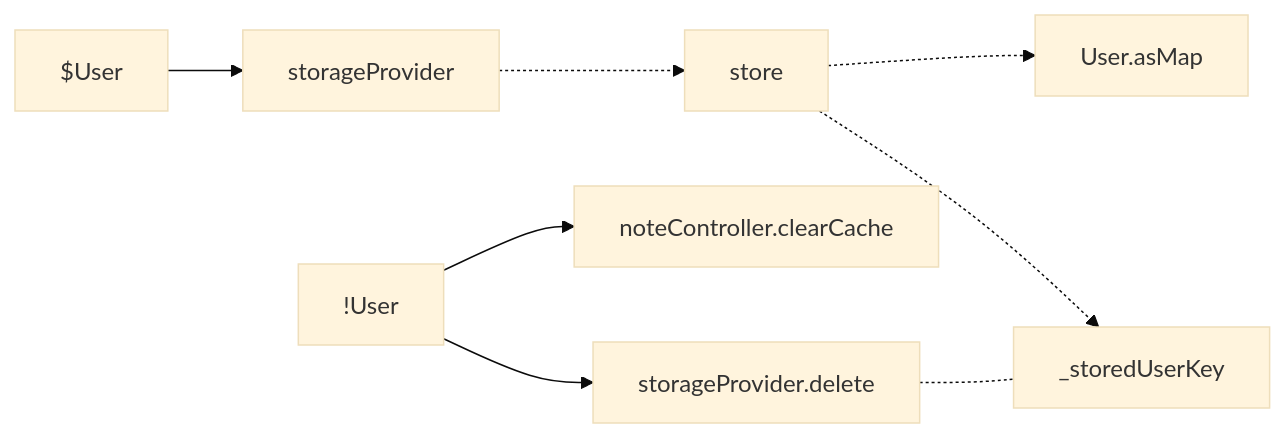
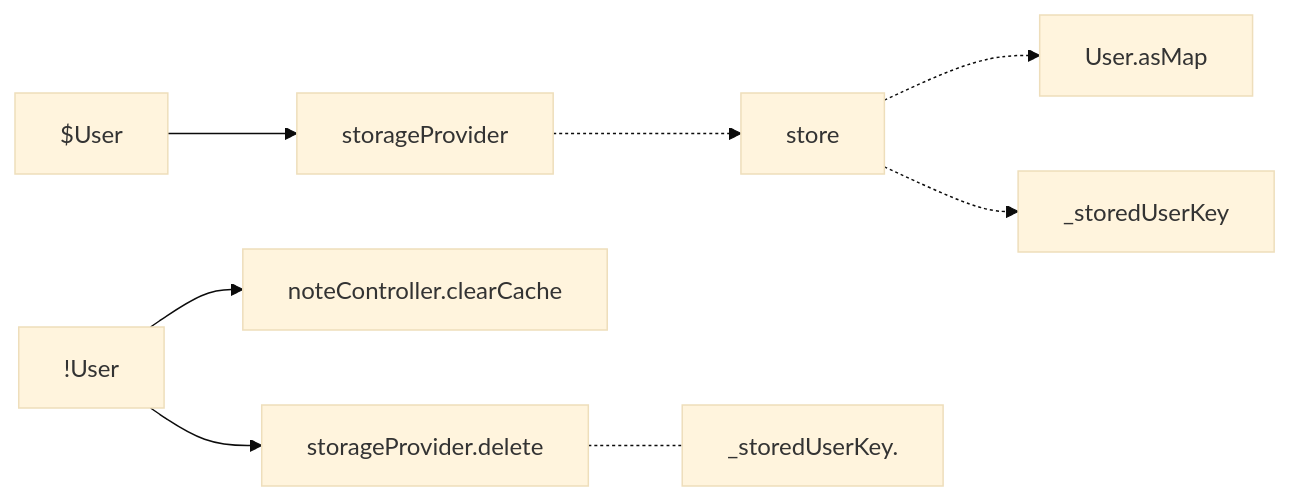
One commit to gordianknotC/nxp_note changed diagram 14 of 14 in newage/astro.md. Above: the diagram before and after it, drawn with Mermaid (base theme). The commit also changed other lines of this file, not shown here.

````diff
--- a/newage/astro.md
+++ b/newage/astro.md
@@ -236,11 +236,10 @@
 ```mermaid
 graph LR
-
 storageProvider -.-> store
 store -.-> User.asMap
 store -.-> _storedUserKey
 $User --> storageProvider
 !User --> noteController.clearCache
 !User --> storageProvider.delete
-storageProvider.delete -.- _storedUserKey
+storageProvider.delete -.- _storedUserKey.
 ```
````
